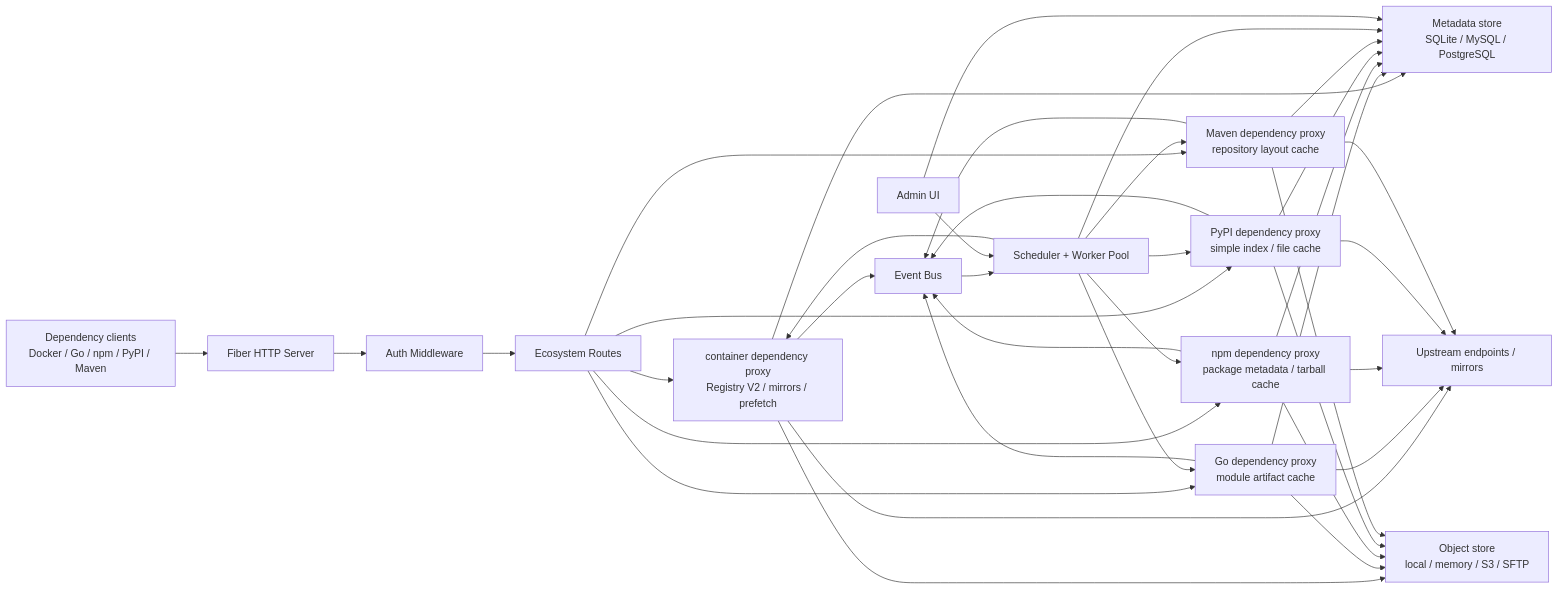
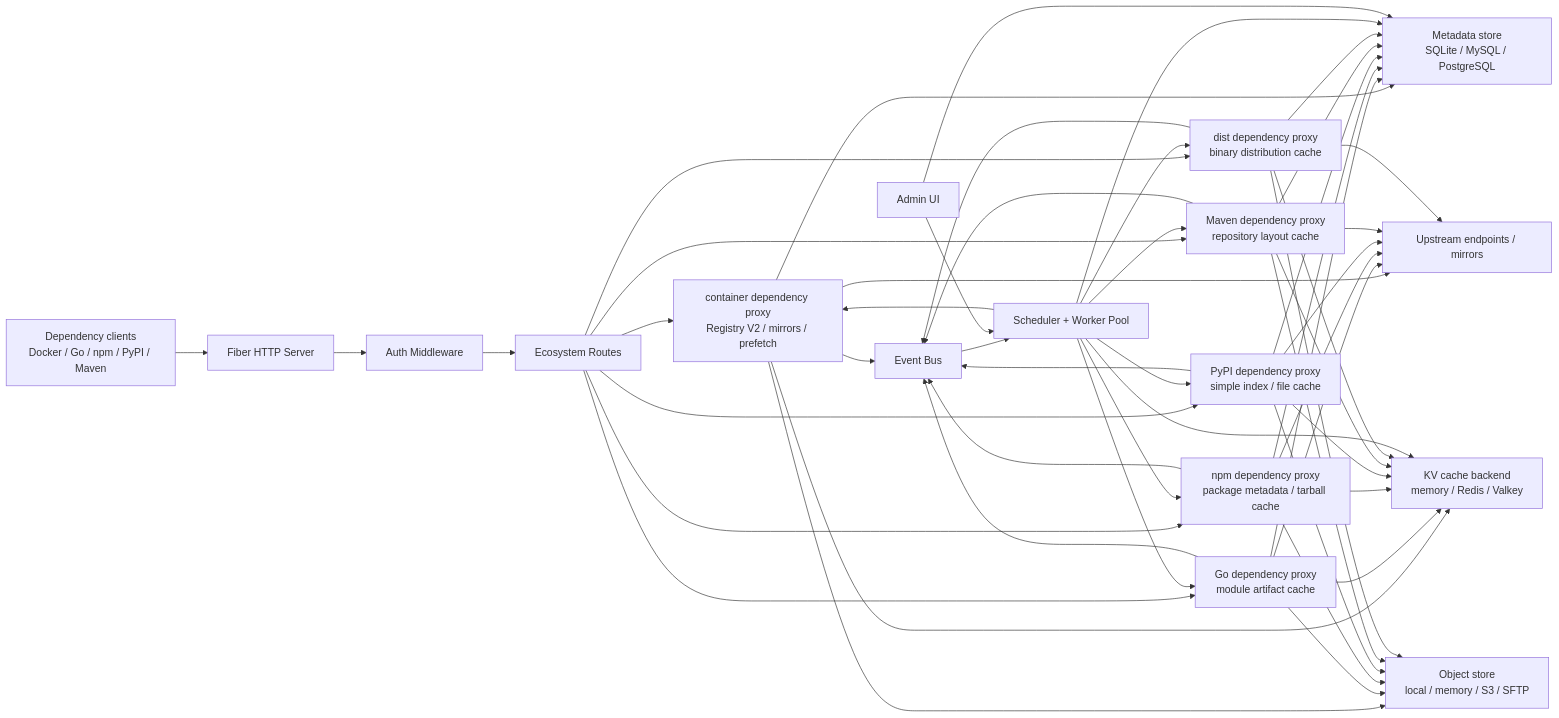
The first of 4 diagrams in docs/en/design.md (lyonbrown4d/regimux), drawn with Mermaid before and after one commit. The commit also changed other lines of this file and 16 other files, not shown here.

````diff
--- a/docs/en/design.md
+++ b/docs/en/design.md
@@ -15,44 +15,58 @@
 ```mermaid
 flowchart LR
   client["Dependency clients<br/>Docker / Go / npm / PyPI / Maven"] --> api["Fiber HTTP Server"]
   api --> auth["Auth Middleware"]
   auth --> routes["Ecosystem Routes"]
   routes --> container["container dependency proxy<br/>Registry V2 / mirrors / prefetch"]
   routes --> golang["Go dependency proxy<br/>module artifact cache"]
   routes --> npm["npm dependency proxy<br/>package metadata / tarball cache"]
   routes --> pypi["PyPI dependency proxy<br/>simple index / file cache"]
   routes --> maven["Maven dependency proxy<br/>repository layout cache"]
+  routes --> dist["dist dependency proxy<br/>binary distribution cache"]
 
   container --> upstreams["Upstream endpoints / mirrors"]
   golang --> upstreams
   npm --> upstreams
   pypi --> upstreams
   maven --> upstreams
+  dist --> upstreams
 
   container --> meta["Metadata store<br/>SQLite / MySQL / PostgreSQL"]
   golang --> meta
   npm --> meta
   pypi --> meta
   maven --> meta
+  dist --> meta
 
   container --> objects["Object store<br/>local / memory / S3 / SFTP"]
   golang --> objects
   npm --> objects
   pypi --> objects
   maven --> objects
+  dist --> objects
+
+  container --> cachebackend["KV cache backend<br/>memory / Redis / Valkey"]
+  golang --> cachebackend
+  npm --> cachebackend
+  pypi --> cachebackend
+  maven --> cachebackend
+  dist --> cachebackend
 
   scheduler["Scheduler + Worker Pool"] --> container
   scheduler --> golang
   scheduler --> npm
   scheduler --> pypi
   scheduler --> maven
+  scheduler --> dist
   events["Event Bus"] --> scheduler
   container --> events
   golang --> events
   npm --> events
   pypi --> events
   maven --> events
+  dist --> events
   scheduler --> meta
+  scheduler --> cachebackend
   admin["Admin UI"] --> scheduler
   admin --> meta
 ```
````
